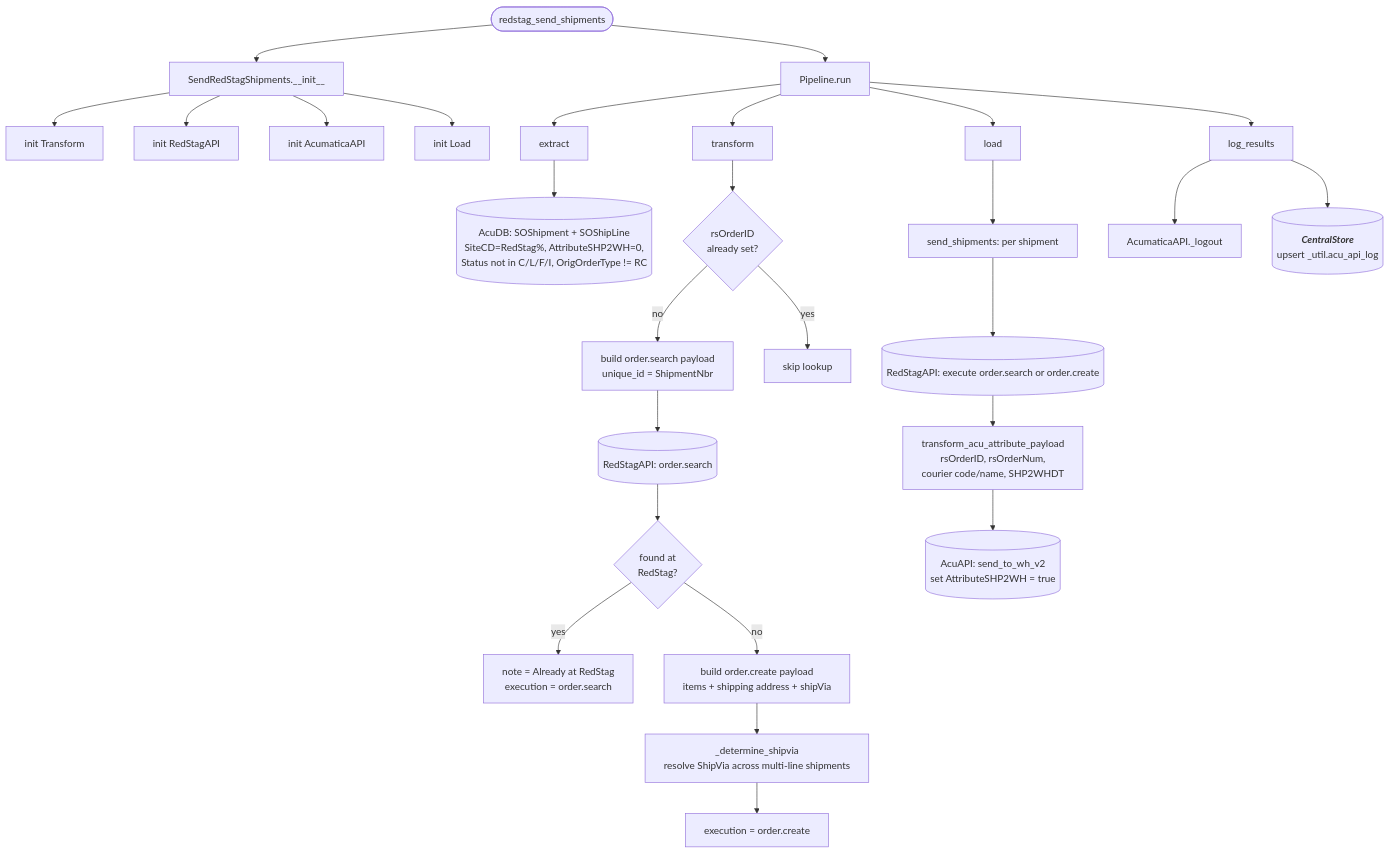
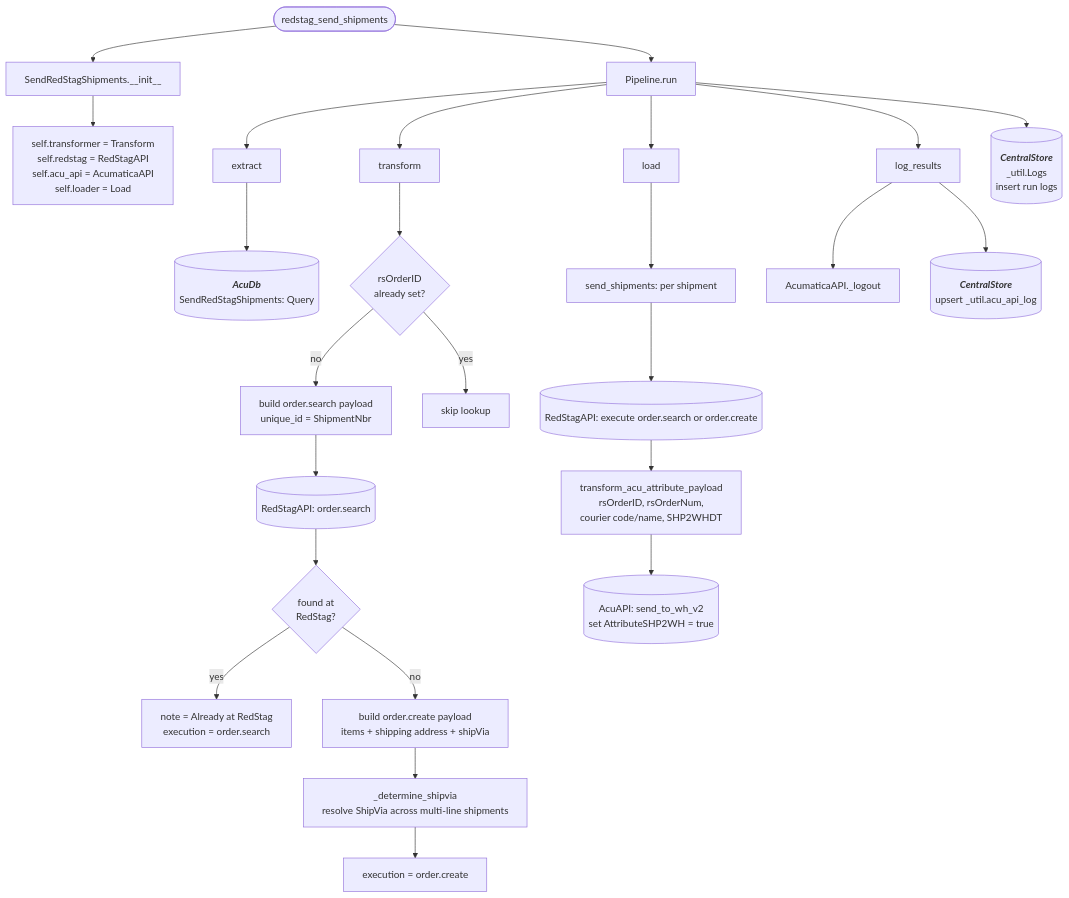
One commit to journeyhl/integration-platform changed the diagram in docs/pipelines/redstag_send_shipments.md. Above: the diagram before and after it, drawn with Mermaid. The commit also changed 25 other files, not shown here.

````diff
--- a/docs/pipelines/redstag_send_shipments.md
+++ b/docs/pipelines/redstag_send_shipments.md
@@ -1,37 +1,46 @@
 ```mermaid
 %%{init: {"flowchart": {"wrappingWidth": 400}}}%%
 flowchart TD
     A([redstag_send_shipments]) --> B[SendRedStagShipments.__init__]
-    B --> B1[init Transform]
-    B --> B2[init RedStagAPI]
-    B --> B3[init AcumaticaAPI]
-    B --> B4[init Load]
+    B --> B1[
+        self.transformer = Transform
+        self.redstag = RedStagAPI
+        self.acu_api = AcumaticaAPI
+        self.loader = Load
+    ]
     A --> RUN[Pipeline.run]
 
     RUN --> EX[extract]
-    EX --> D1[(AcuDB: SOShipment + SOShipLine<br/>SiteCD=RedStag%, AttributeSHP2WH=0,<br/>Status not in C/L/F/I, OrigOrderType != RC)]
+    EX --> D1[(
+        <b><i>AcuDb</i></b>
+        SendRedStagShipments: Query
+    )]
 
     RUN --> TR[transform]
     TR --> TR1{rsOrderID<br/>already set?}
     TR1 -->|no| TR2[build order.search payload<br/>unique_id = ShipmentNbr]
     TR2 --> RS1[(RedStagAPI: order.search)]
     RS1 --> TR3{found at<br/>RedStag?}
     TR3 -->|yes| TR4[note = Already at RedStag<br/>execution = order.search]
     TR3 -->|no| TR5[build order.create payload<br/>items + shipping address + shipVia]
     TR5 --> TR6[_determine_shipvia<br/>resolve ShipVia across multi-line shipments]
     TR6 --> TR7[execution = order.create]
     TR1 -->|yes| TR8[skip lookup]
 
     RUN --> LD[load]
     LD --> LD1[send_shipments: per shipment]
     LD1 --> RS2[(RedStagAPI: execute order.search or order.create)]
     RS2 --> LD2[transform_acu_attribute_payload<br/>rsOrderID, rsOrderNum,<br/>courier code/name, SHP2WHDT]
     LD2 --> ACU1[(AcuAPI: send_to_wh_v2<br/>set AttributeSHP2WH = true)]
 
     RUN --> LR[log_results]
     LR --> LO[AcumaticaAPI._logout]
     LR --> UPS[(
         <b><i>CentralStore</i></b>
         upsert _util.acu_api_log
     )]
+    RUN --> LOGS[(
+        <b><i>CentralStore</i></b>
+        _util.Logs<br/>insert run logs
+    )]
 ```
````
